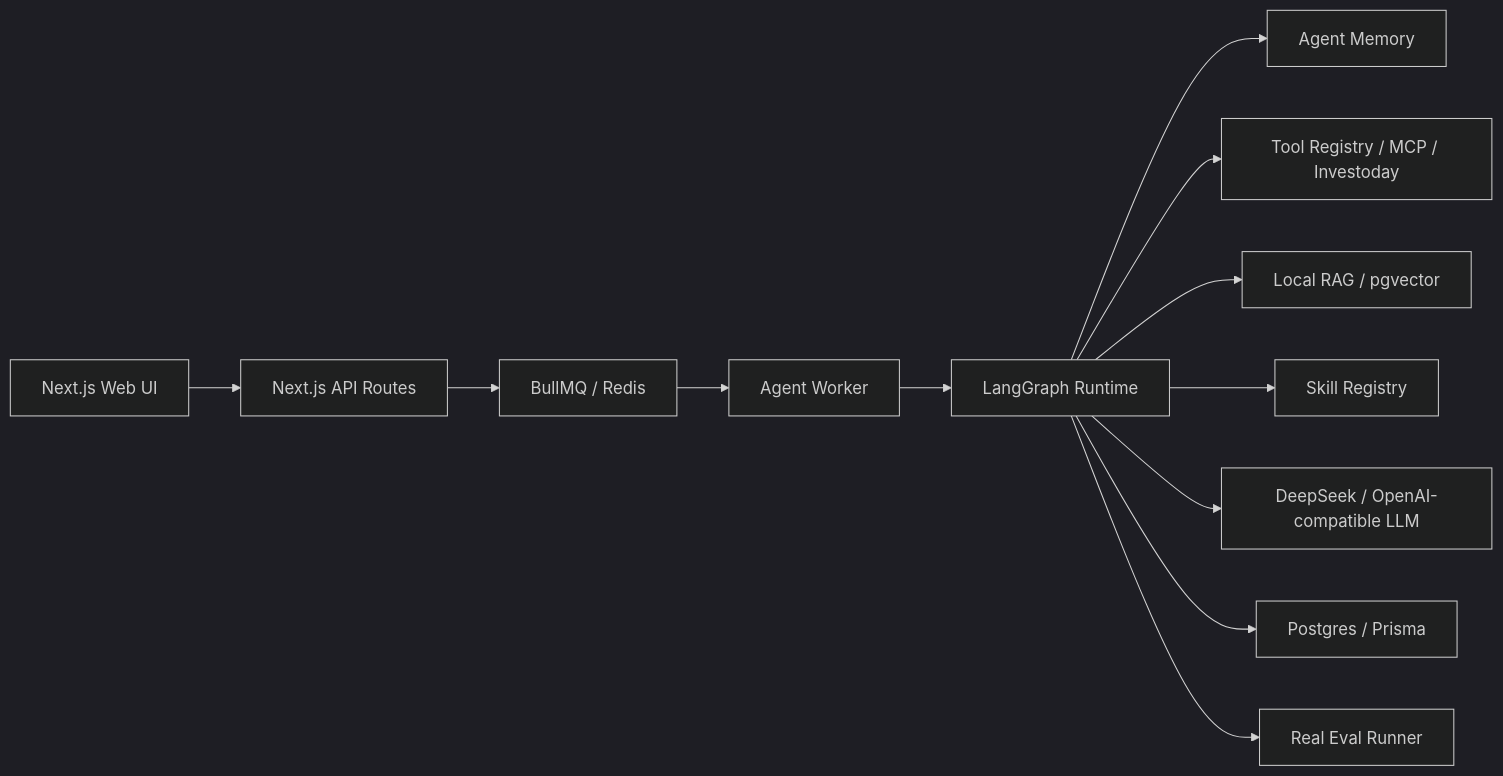
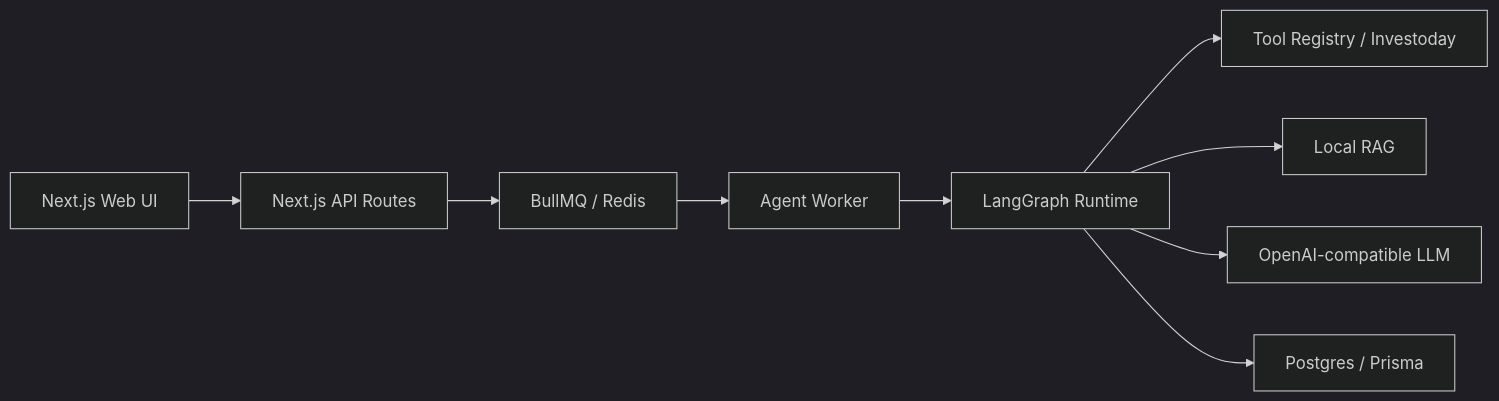
The diagram in README.md (zhengzeyong9527-droid/Investment-research), drawn with Mermaid (dark theme) before and after one commit. The commit also changed other lines of this file and 70 other files, not shown here.

Commit message:
Harden agent runtime and eval diagnostics

````diff
--- a/README.md
+++ b/README.md
@@ -56,14 +18,11 @@
 ```mermaid
 flowchart LR
   UI["Next.js Web UI"] --> API["Next.js API Routes"]
   API --> Queue["BullMQ / Redis"]
   Queue --> Worker["Agent Worker"]
   Worker --> Graph["LangGraph Runtime"]
-  Graph --> Memory["Agent Memory"]
-  Graph --> Tools["Tool Registry / MCP / Investoday"]
-  Graph --> RAG["Local RAG / pgvector"]
-  Graph --> Skills["Skill Registry"]
-  Graph --> Model["DeepSeek / OpenAI-compatible LLM"]
+  Graph --> Tools["Tool Registry / Investoday"]
+  Graph --> RAG["Local RAG"]
+  Graph --> Model["OpenAI-compatible LLM"]
   Graph --> DB["Postgres / Prisma"]
-  Graph --> Eval["Real Eval Runner"]
 ```
````
